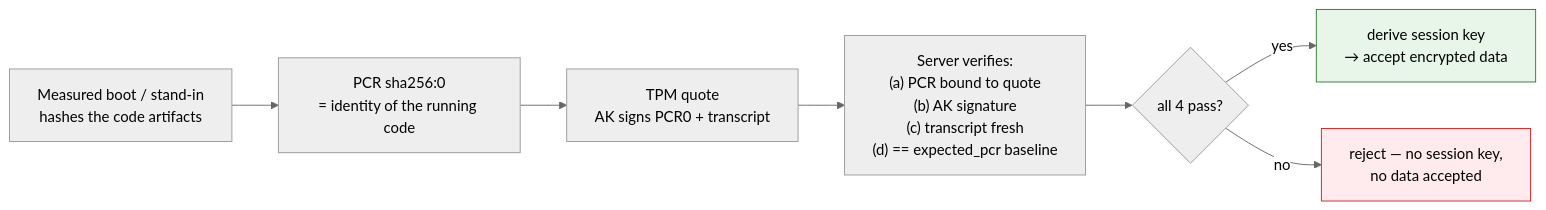
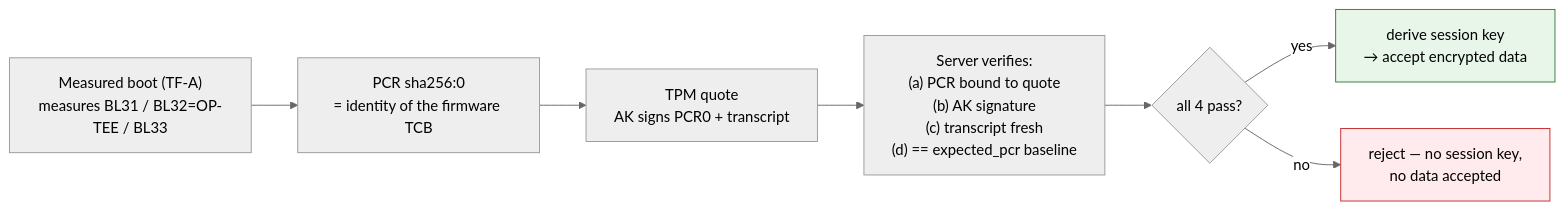
Before and after one commit to NatallieMirelashvili/ConfidentialComputing: the ninth of 10 diagrams in docs/DESIGN.md, drawn with Mermaid (neutral theme). The commit also changed other lines of this file and 5 other files, not shown here.

Commit message:
Real firmware-rooted measured boot works

````diff
--- a/docs/DESIGN.md
+++ b/docs/DESIGN.md
@@ -681,12 +681,12 @@
 ```mermaid
 flowchart LR
-    MB["Measured boot / stand-in<br/>hashes the code artifacts"] --> PCR["PCR sha256:0<br/>= identity of the running code"]
+    MB["Measured boot (TF-A)<br/>measures BL31 / BL32=OP-TEE / BL33"] --> PCR["PCR sha256:0<br/>= identity of the firmware TCB"]
     PCR --> QUOTE["TPM quote<br/>AK signs PCR0 + transcript"]
     QUOTE --> VER["Server verifies:<br/>(a) PCR bound to quote<br/>(b) AK signature<br/>(c) transcript fresh<br/>(d) == expected_pcr baseline"]
     VER --> GATE{"all 4 pass?"}
     GATE -- yes --> KEY["derive session key<br/>→ accept encrypted data"]
     GATE -- no --> REJECT["reject — no session key,<br/>no data accepted"]
 
     style KEY fill:#e8f5e9,stroke:#2e7d32
     style REJECT fill:#ffebee,stroke:#c62828
 ```
````
